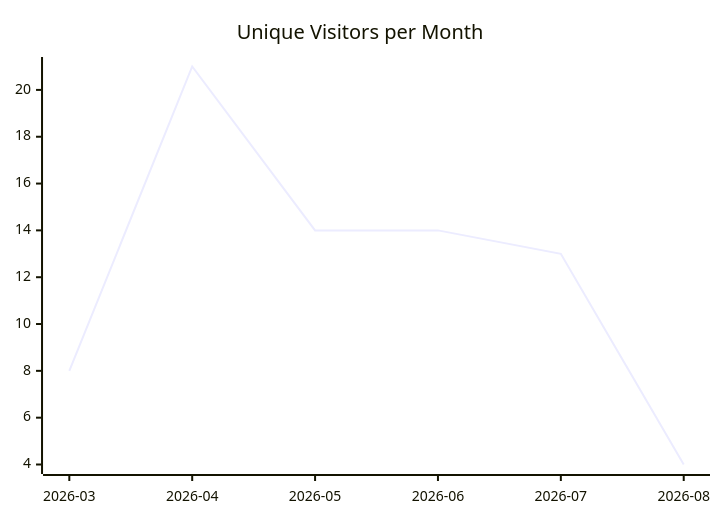
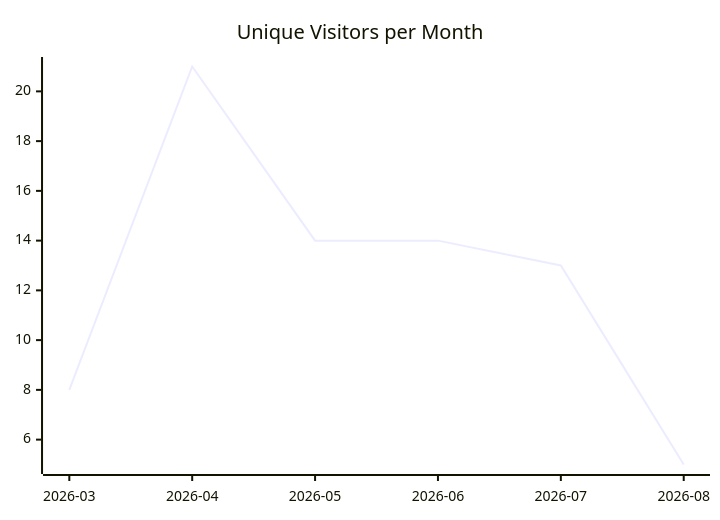
The first of 3 diagrams in karlmdavis/ksoap2-android/README.md (justdavis-family/github-analytics-data), drawn with Mermaid before and after one commit. The commit also changed other lines of this file and 174 other files, not shown here.

````diff
--- a/karlmdavis/ksoap2-android/README.md
+++ b/karlmdavis/ksoap2-android/README.md
@@ -5,6 +5,6 @@
 ```mermaid
 xychart-beta
   title "Unique Visitors per Month"
   x-axis ["2026-03", "2026-04", "2026-05", "2026-06", "2026-07", "2026-08"]
-  line [8, 21, 14, 14, 13, 4]
+  line [8, 21, 14, 14, 13, 5]
 ```
````
